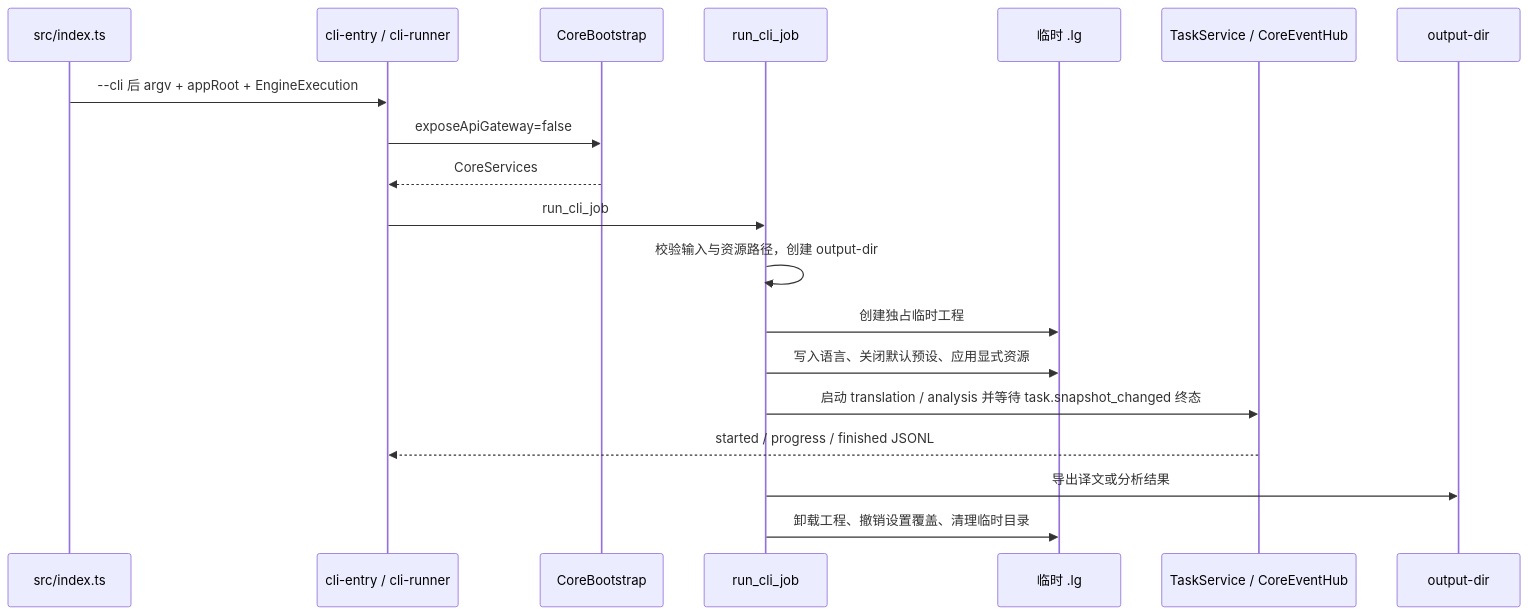
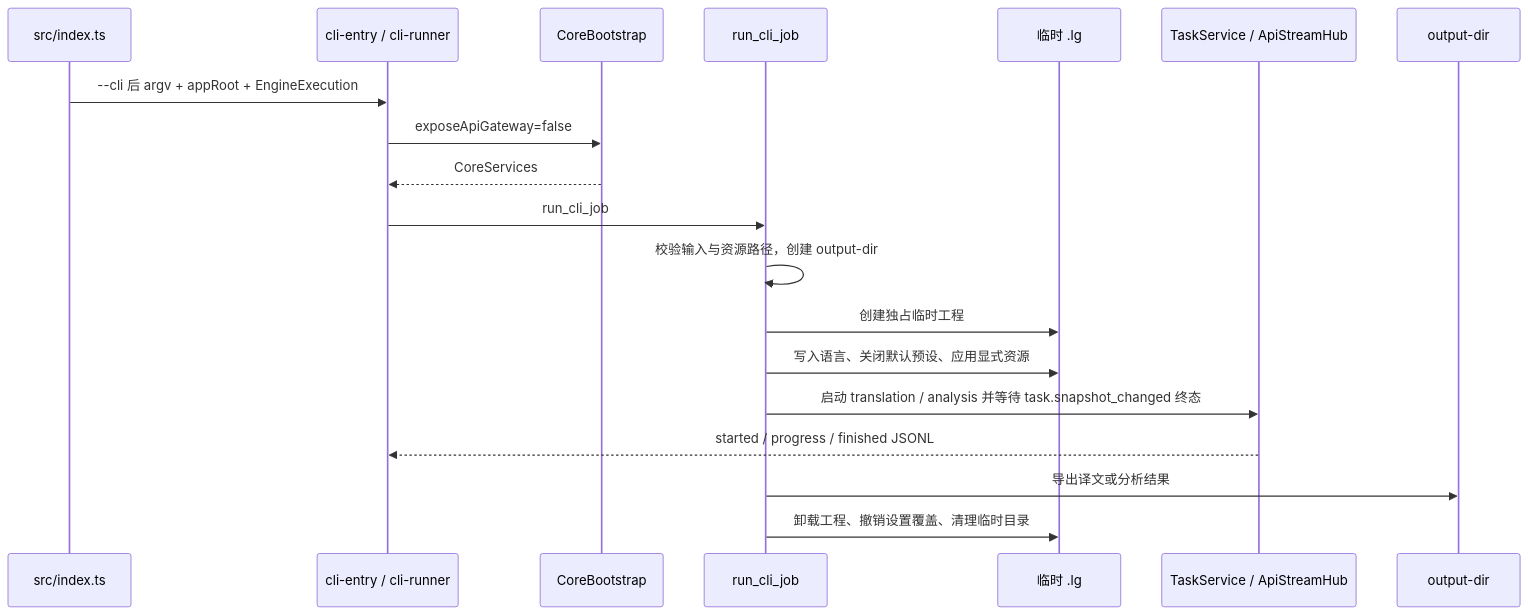
One commit to neavo/LinguaGacha changed the diagram in docs/CLI.md. Above: the diagram before and after it, drawn with Mermaid. The commit also changed other lines of this file and 226 other files, not shown here.

````diff
--- a/docs/CLI.md
+++ b/docs/CLI.md
@@ -29,22 +29,22 @@
 ```mermaid
 sequenceDiagram
   participant Entry as src/index.ts
   participant CLI as cli-entry / cli-runner
   participant Core as CoreBootstrap
   participant Job as run_cli_job
   participant Temp as 临时 .lg
-  participant Task as TaskService / CoreEventHub
+  participant Task as TaskService / ApiStreamHub
   participant Out as output-dir
 
   Entry->>CLI: --cli 后 argv + appRoot + EngineExecution
   CLI->>Core: exposeApiGateway=false
   Core-->>CLI: CoreServices
   CLI->>Job: run_cli_job
   Job->>Job: 校验输入与资源路径，创建 output-dir
   Job->>Temp: 创建独占临时工程
   Job->>Temp: 写入语言、关闭默认预设、应用显式资源
   Job->>Task: 启动 translation / analysis 并等待 task.snapshot_changed 终态
   Task-->>CLI: started / progress / finished JSONL
   Job->>Out: 导出译文或分析结果
   Job->>Temp: 卸载工程、撤销设置覆盖、清理临时目录
 ```
````
